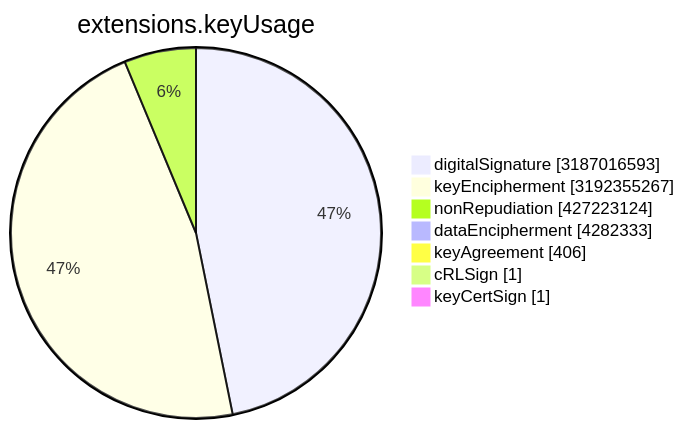
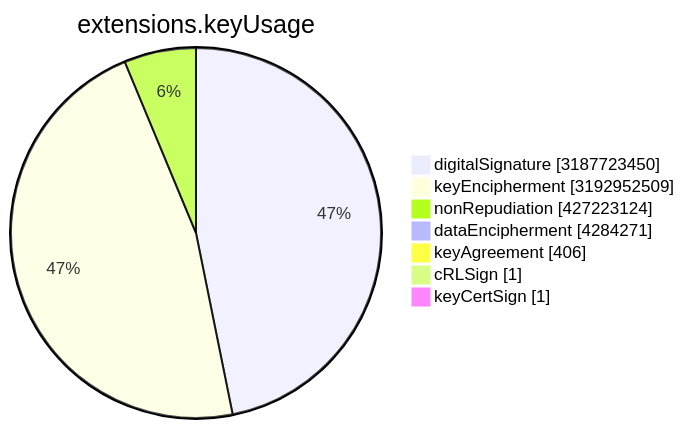
Before and after one commit to christiankrug/ctmonitor_visualization: the sixth of 15 diagrams in TOTAL/README.md, drawn with Mermaid. The commit also changed other lines of this file, not shown here.

````diff
--- a/TOTAL/README.md
+++ b/TOTAL/README.md
@@ -3077,11 +3077,11 @@
 ```mermaid
 pie showData
 title extensions.keyUsage
-"digitalSignature" :3187016593
-"keyEncipherment" :3192355267
+"digitalSignature" :3187723450
+"keyEncipherment" :3192952509
 "nonRepudiation" :427223124
-"dataEncipherment" :4282333
+"dataEncipherment" :4284271
 "keyAgreement" :406
 "cRLSign" :1
 "keyCertSign" :1
 ```
````
